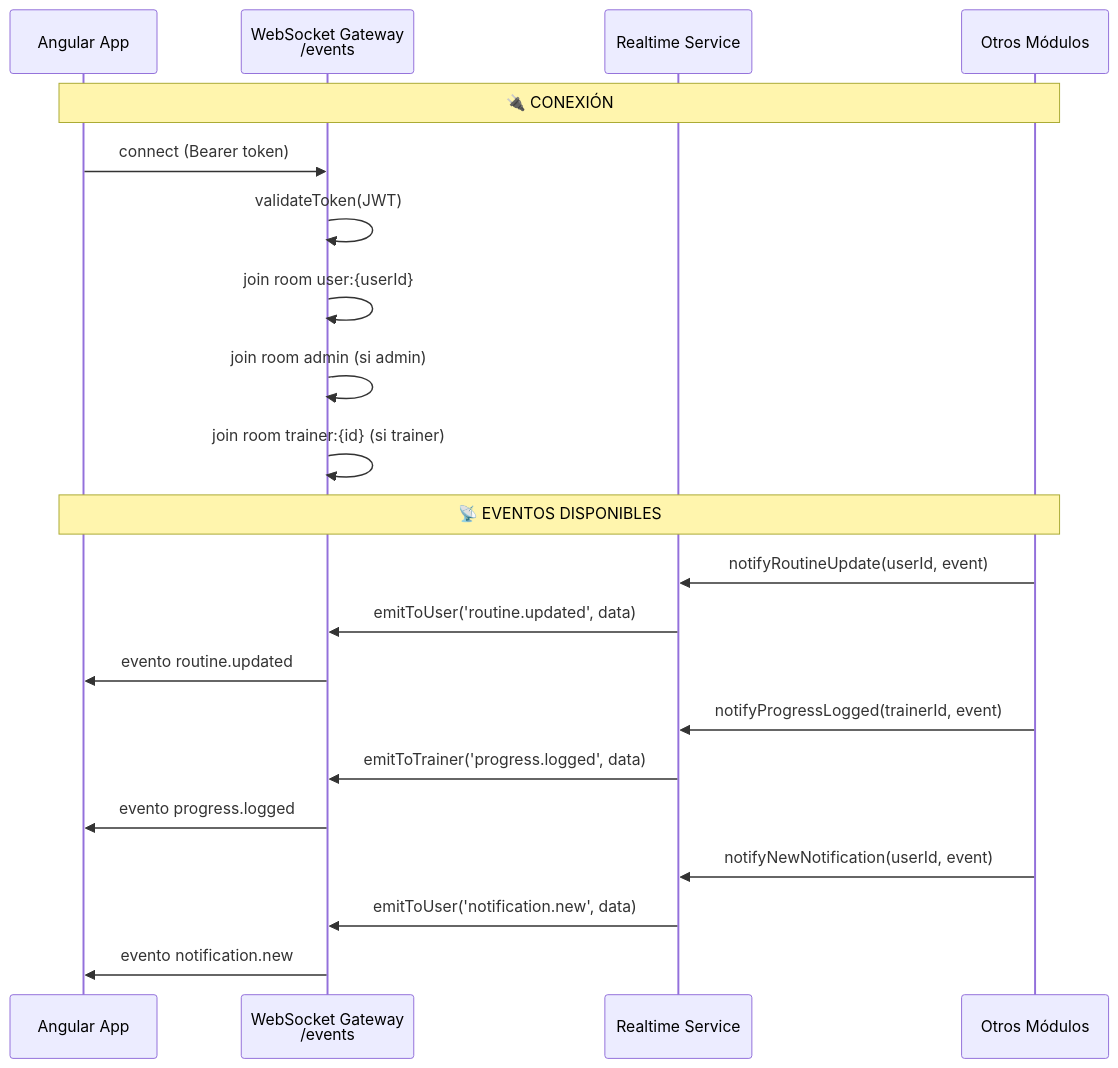
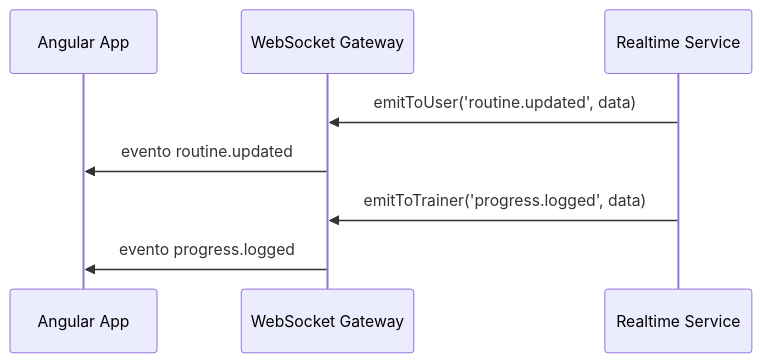
Before and after one commit to fedebracesco1990/fitflow: the fourth of 9 diagrams in docs/NOTIFICATIONS_FLOW.md, drawn with Mermaid. The commit also changed other lines of this file, not shown here.

First line of the commit message:
docs: update notifications flow documentation to reflect backend-first architecture

````diff
--- a/docs/NOTIFICATIONS_FLOW.md
+++ b/docs/NOTIFICATIONS_FLOW.md
@@ -130,27 +161,12 @@
 ```mermaid
 sequenceDiagram
     participant Client as Angular App
-    participant GW as WebSocket Gateway<br/>/events
+    participant GW as WebSocket Gateway
     participant RT as Realtime Service
-    participant Module as Otros Módulos
 
-    Note over Client,Module: 🔌 CONEXIÓN
-    Client->>GW: connect (Bearer token)
-    GW->>GW: validateToken(JWT)
-    GW->>GW: join room user:{userId}
-    GW->>GW: join room admin (si admin)
-    GW->>GW: join room trainer:{id} (si trainer)
-
-    Note over Client,Module: 📡 EVENTOS DISPONIBLES
-    Module->>RT: notifyRoutineUpdate(userId, event)
     RT->>GW: emitToUser('routine.updated', data)
     GW->>Client: evento routine.updated
 
-    Module->>RT: notifyProgressLogged(trainerId, event)
     RT->>GW: emitToTrainer('progress.logged', data)
     GW->>Client: evento progress.logged
-
-    Module->>RT: notifyNewNotification(userId, event)
-    RT->>GW: emitToUser('notification.new', data)
-    GW->>Client: evento notification.new
 ```
````
